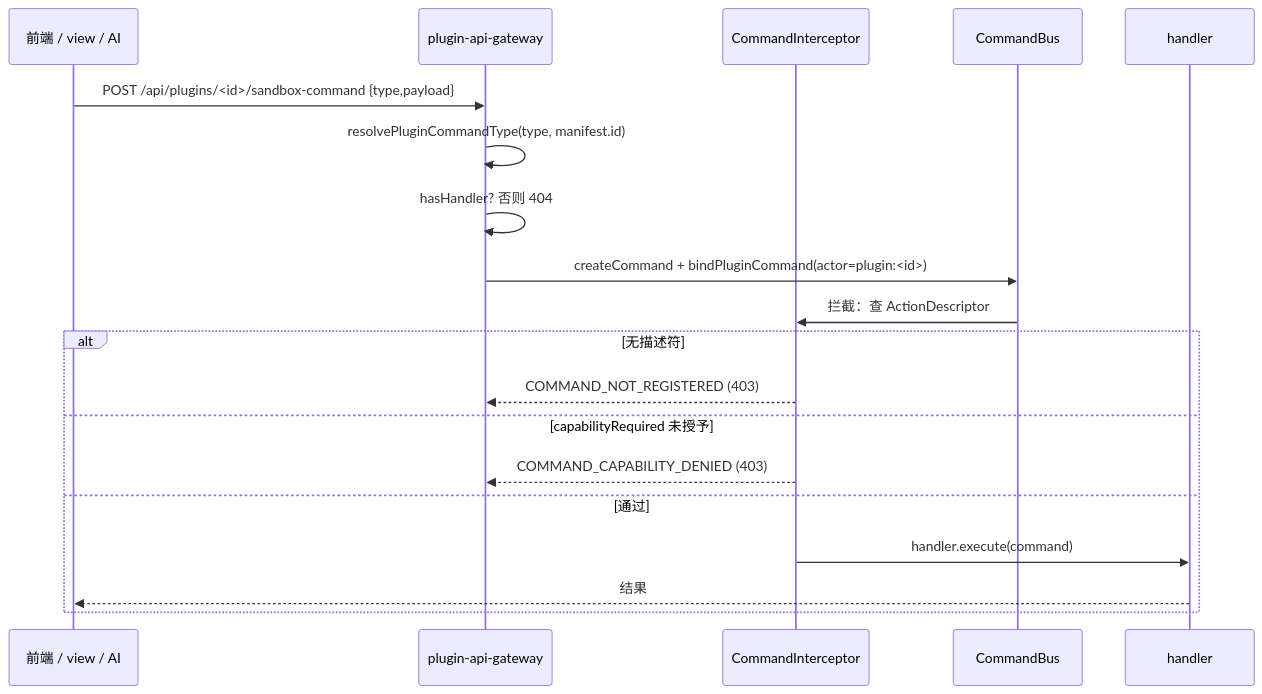
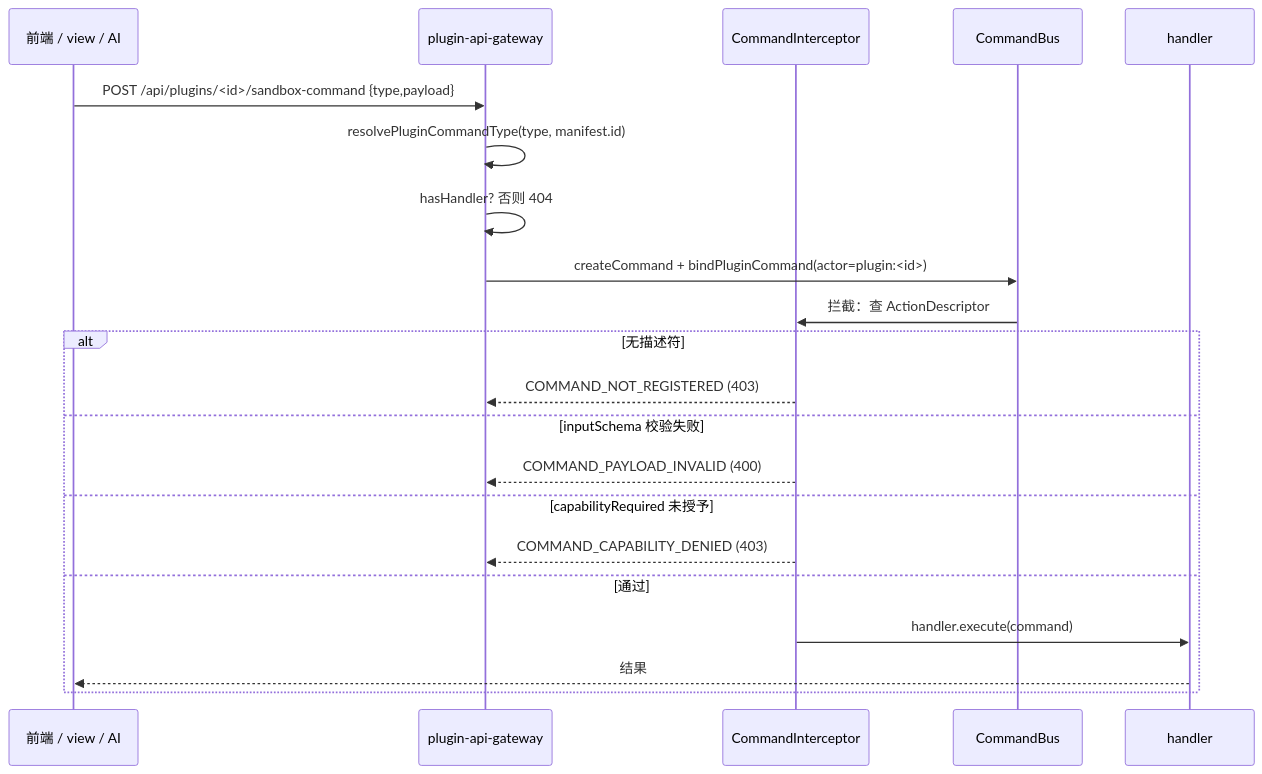
One commit to aymwoo/OpenLearn-Next-V2 changed the third of 5 diagrams in docs/ai-reference/architecture/execution-flows.md. Above: the diagram before and after it, drawn with Mermaid. The commit also changed other lines of this file and 19 other files, not shown here.

````diff
--- a/docs/ai-reference/architecture/execution-flows.md
+++ b/docs/ai-reference/architecture/execution-flows.md
@@ -87,22 +87,24 @@
 ```mermaid
 sequenceDiagram
   participant F as 前端 / view / AI
   participant G as plugin-api-gateway
   participant I as CommandInterceptor
   participant B as CommandBus
   participant H as handler
 
   F->>G: POST /api/plugins/<id>/sandbox-command {type,payload}
   G->>G: resolvePluginCommandType(type, manifest.id)
   G->>G: hasHandler? 否则 404
   G->>B: createCommand + bindPluginCommand(actor=plugin:<id>)
   B->>I: 拦截：查 ActionDescriptor
   alt 无描述符
     I-->>G: COMMAND_NOT_REGISTERED (403)
+  else inputSchema 校验失败
+    I-->>G: COMMAND_PAYLOAD_INVALID (400)
   else capabilityRequired 未授予
     I-->>G: COMMAND_CAPABILITY_DENIED (403)
   else 通过
     I->>H: handler.execute(command)
     H-->>F: 结果
   end
 ```
````
